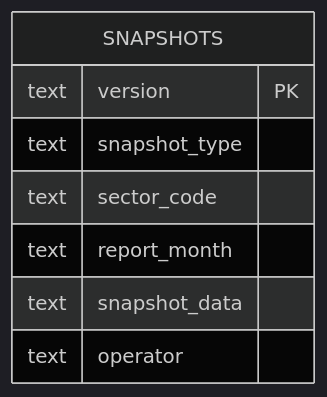
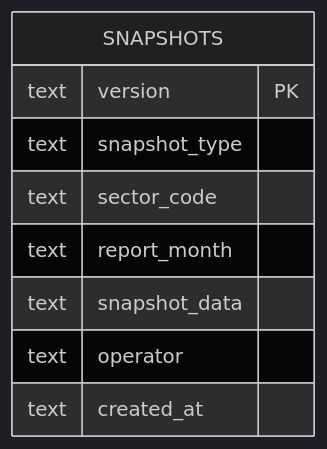
The eighth of 16 diagrams in .qoder/repowiki/zh/content/数据库设计.md (marcelxu0272/202605_project-tracking-table), drawn with Mermaid (dark theme) before and after one commit. The commit also changed other lines of this file and 15 other files, not shown here.

````diff
--- a/.qoder/repowiki/zh/content/数据库设计.md
+++ b/.qoder/repowiki/zh/content/数据库设计.md
@@ -469,11 +519,12 @@
 ```mermaid
 erDiagram
 SNAPSHOTS {
 text version PK
 text snapshot_type
 text sector_code
 text report_month
 text snapshot_data
 text operator
+text created_at
 }
 ```
````
